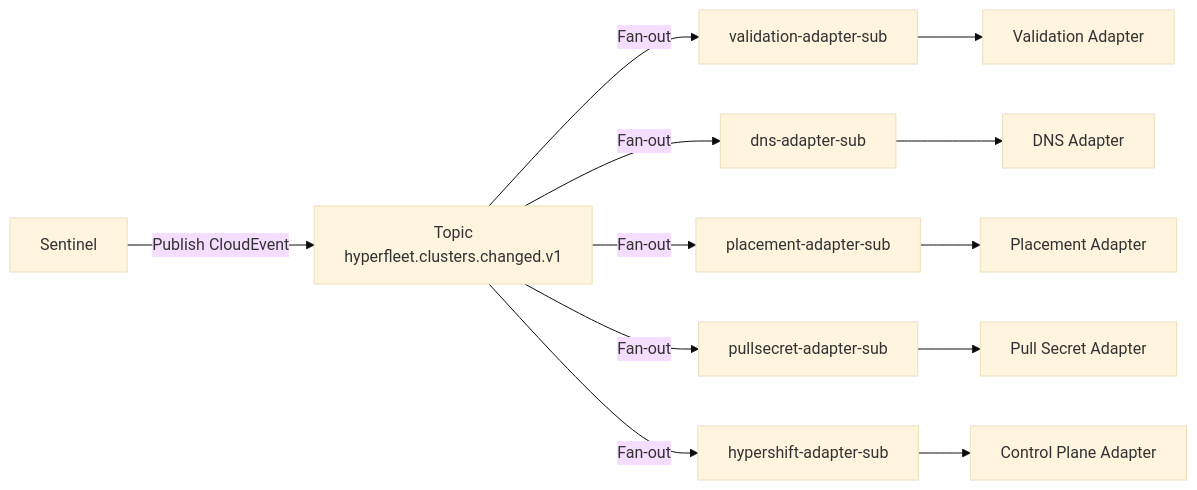
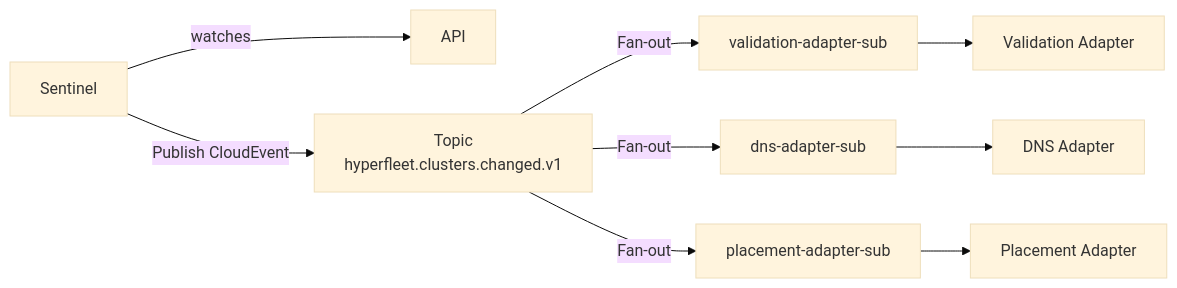
Before and after one commit to openshift-hyperfleet/architecture: the first of 2 diagrams in hyperfleet/components/broker/broker.md, drawn with Mermaid (base theme). The commit also changed other lines of this file and 66 other files, not shown here.

````diff
--- a/hyperfleet/components/broker/broker.md
+++ b/hyperfleet/components/broker/broker.md
@@ -31,14 +40,11 @@
 ```mermaid
 graph LR
+    S[Sentinel] -->|watches|A[API]
     S[Sentinel] -->|Publish CloudEvent| T[Topic<br/>hyperfleet.clusters.changed.v1]
     T -->|Fan-out| V[validation-adapter-sub]
     T -->|Fan-out| D[dns-adapter-sub]
     T -->|Fan-out| P[placement-adapter-sub]
-    T -->|Fan-out| PS[pullsecret-adapter-sub]
-    T -->|Fan-out| CP[hypershift-adapter-sub]
     V --> VA[Validation Adapter]
     D --> DA[DNS Adapter]
     P --> PA[Placement Adapter]
-    PS --> PSA[Pull Secret Adapter]
-    CP --> CPA[Control Plane Adapter]
 ```
````
